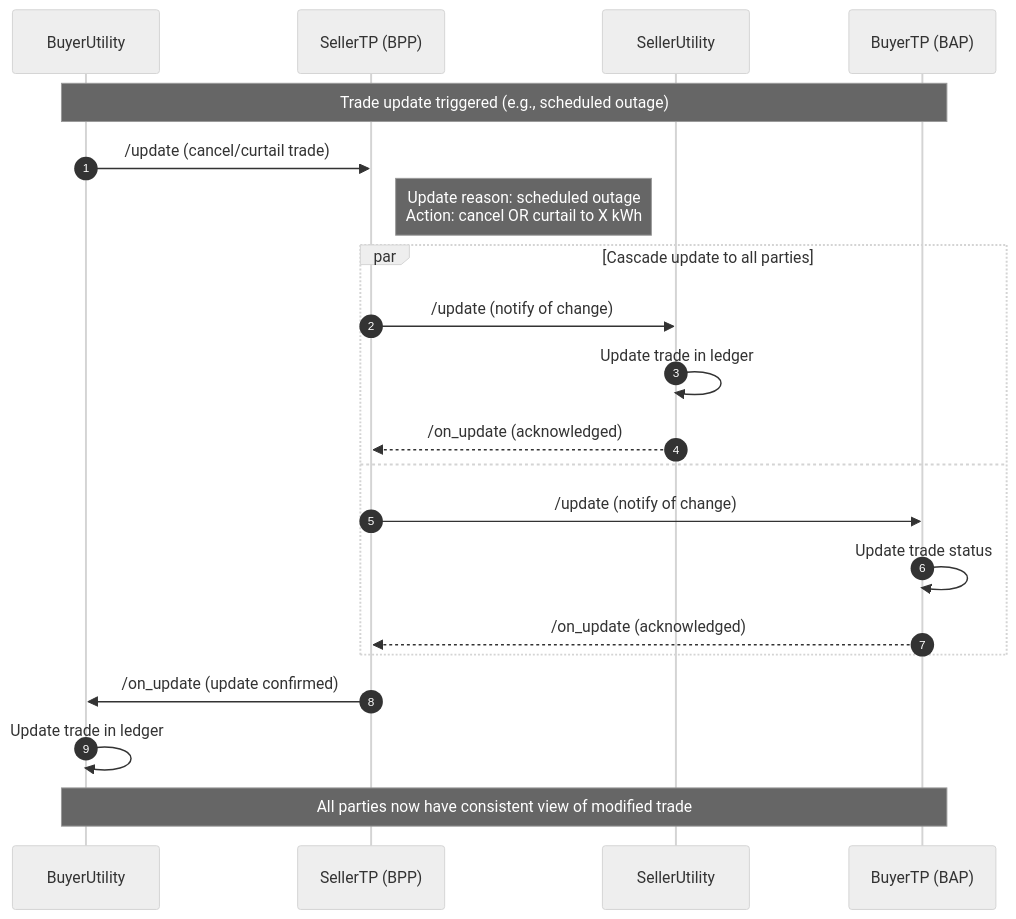
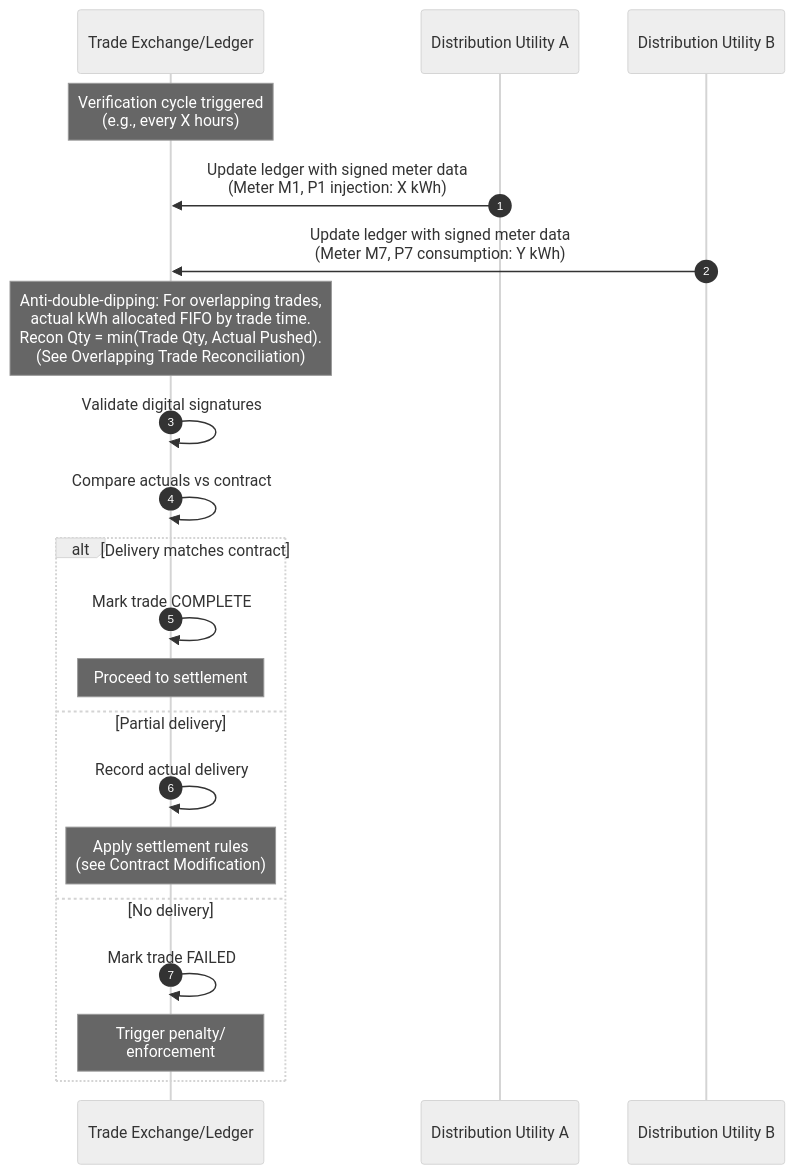
One commit to beckn/DEG changed the fourth of 11 diagrams in docs/implementation-guides/v2/P2P_Trading/Inter_energy_retailer_P2P_trading_draft.md. Above: the diagram before and after it, drawn with Mermaid (neutral theme). The commit also changed other lines of this file and 1 other file, not shown here.

````diff
--- a/docs/implementation-guides/v2/P2P_Trading/Inter_energy_retailer_P2P_trading_draft.md
+++ b/docs/implementation-guides/v2/P2P_Trading/Inter_energy_retailer_P2P_trading_draft.md
@@ -338,28 +216,28 @@
 ```mermaid
 sequenceDiagram
     autonumber
-    participant BuyerUtility as BuyerUtility
-    participant SellerTP as SellerTP (BPP)
-    participant SellerUtility as SellerUtility
-    participant BuyerTP as BuyerTP (BAP)
+    participant TE as Trade Exchange/Ledger
+    participant DU_A as Distribution Utility A
+    participant DU_B as Distribution Utility B
 
-    Note over BuyerUtility,BuyerTP: Trade update triggered (e.g., scheduled outage)
+    Note over TE: Verification cycle triggered<br/>(e.g., every X hours)
 
-    BuyerUtility->>SellerTP: /update (cancel/curtail trade)
-    Note right of SellerTP: Update reason: scheduled outage<br/>Action: cancel OR curtail to X kWh
+    DU_A->>TE: Update ledger with signed meter data<br/>(Meter M1, P1 injection: X kWh)
+    DU_B->>TE: Update ledger with signed meter data<br/>(Meter M7, P7 consumption: Y kWh)
 
-    par Cascade update to all parties
-        SellerTP->>SellerUtility: /update (notify of change)
-        SellerUtility->>SellerUtility: Update trade in ledger
-        SellerUtility-->>SellerTP: /on_update (acknowledged)
-    and
-        SellerTP->>BuyerTP: /update (notify of change)
-        BuyerTP->>BuyerTP: Update trade status
-        BuyerTP-->>SellerTP: /on_update (acknowledged)
+    Note over TE: Anti-double-dipping: For overlapping trades,<br/>actual kWh allocated FIFO by trade time.<br/>Recon Qty = min(Trade Qty, Actual Pushed).<br/>(See Overlapping Trade Reconciliation)
+
+    TE->>TE: Validate digital signatures
+    TE->>TE: Compare actuals vs contract
+
+    alt Delivery matches contract
+        TE->>TE: Mark trade COMPLETE
+        Note over TE: Proceed to settlement
+    else Partial delivery
+        TE->>TE: Record actual delivery
+        Note over TE: Apply settlement rules<br/>(see Contract Modification)
+    else No delivery
+        TE->>TE: Mark trade FAILED
+        Note over TE: Trigger penalty/<br/>enforcement
     end
-
-    SellerTP->>BuyerUtility: /on_update (update confirmed)
-    BuyerUtility->>BuyerUtility: Update trade in ledger
-
-    Note over BuyerUtility,BuyerTP: All parties now have consistent view of modified trade
 ```
````
